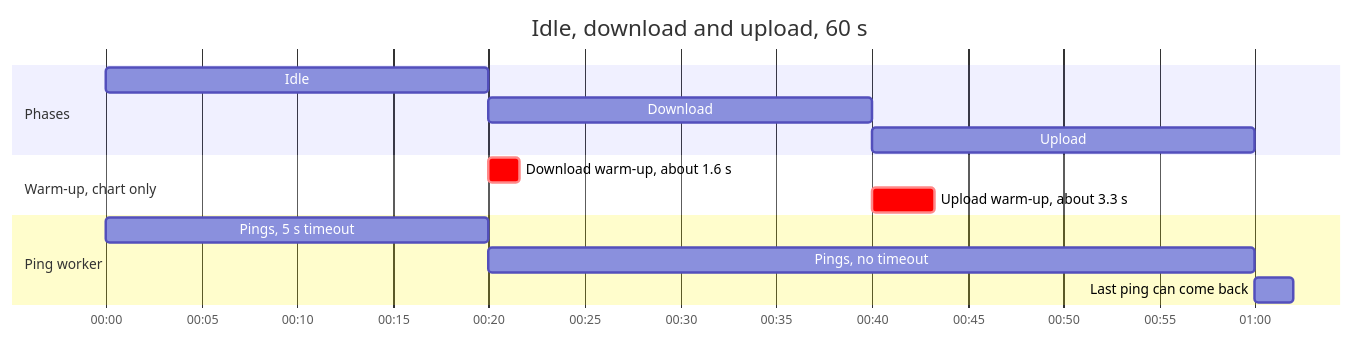
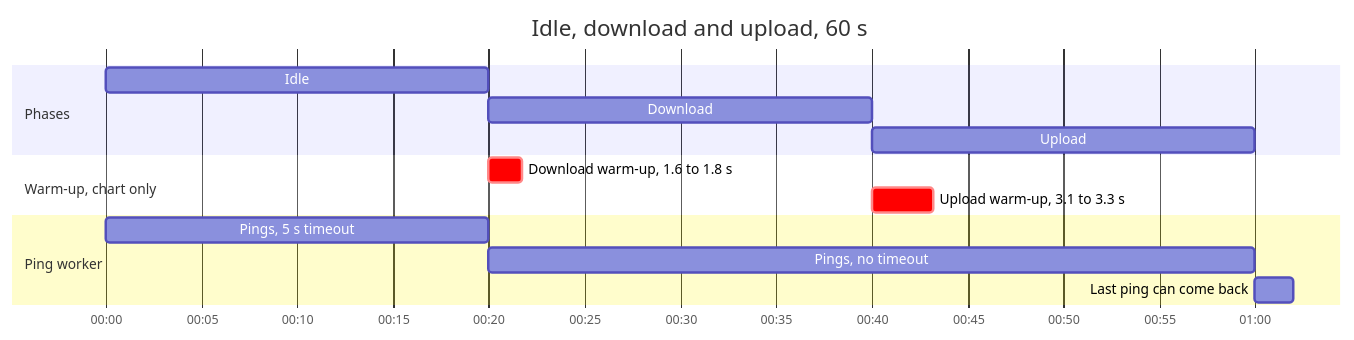
The second of 4 diagrams in docs/stability.md (sprytnyk/speedtest-go), drawn with Mermaid before and after one commit. The commit also changed other lines of this file, not shown here.

````diff
--- a/docs/stability.md
+++ b/docs/stability.md
@@ -47,17 +50,17 @@
 ```mermaid
 gantt
   title Idle, download and upload, 60 s
   dateFormat mm:ss
   axisFormat %M:%S
   section Phases
   Idle                         :p0, 00:00, 20s
   Download                     :p1, 00:20, 20s
   Upload                       :p2, 00:40, 20s
   section Warm-up, chart only
-  Download warm-up, about 1.6 s :crit, w1, 00:20, 1600ms
-  Upload warm-up, about 3.3 s   :crit, w2, 00:40, 3300ms
+  Download warm-up, 1.6 to 1.8 s :crit, w1, 00:20, 1700ms
+  Upload warm-up, 3.1 to 3.3 s   :crit, w2, 00:40, 3200ms
   section Ping worker
   Pings, 5 s timeout           :q0, 00:00, 20s
   Pings, no timeout            :q1, 00:20, 40s
   Last ping can come back      :q2, 01:00, 2s
 ```
````
